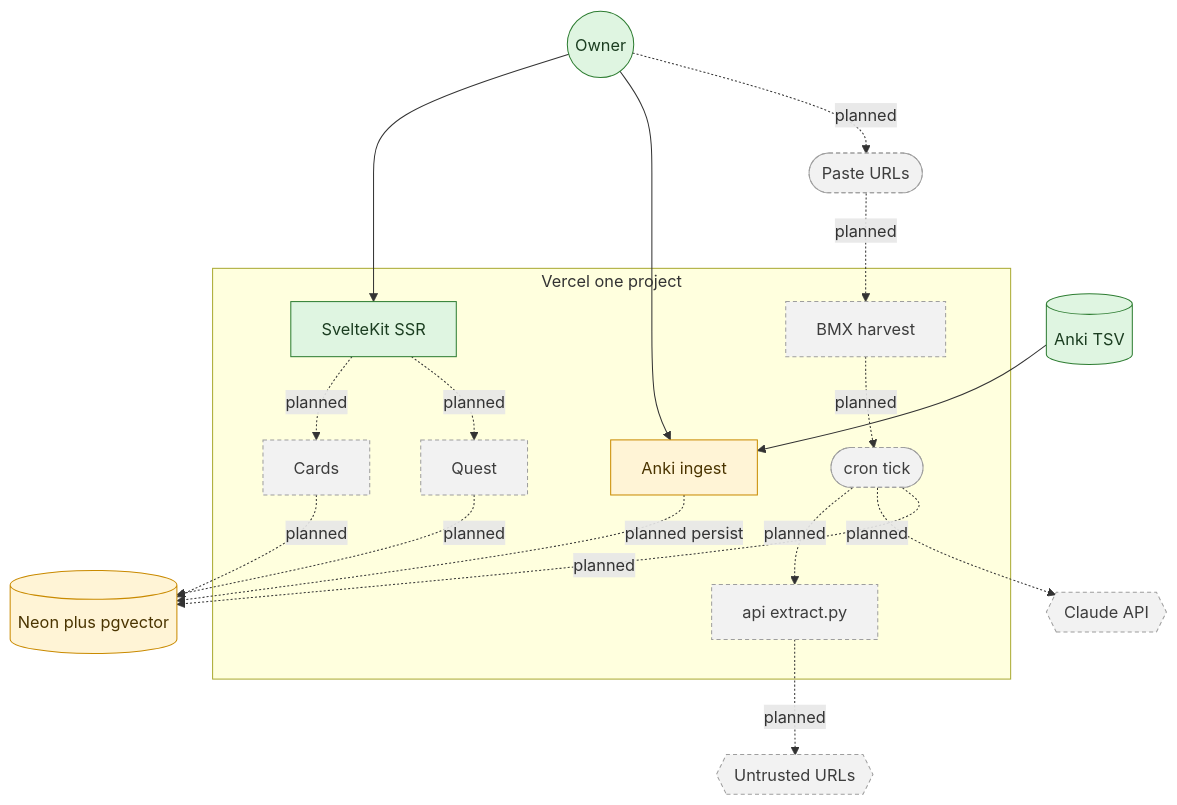
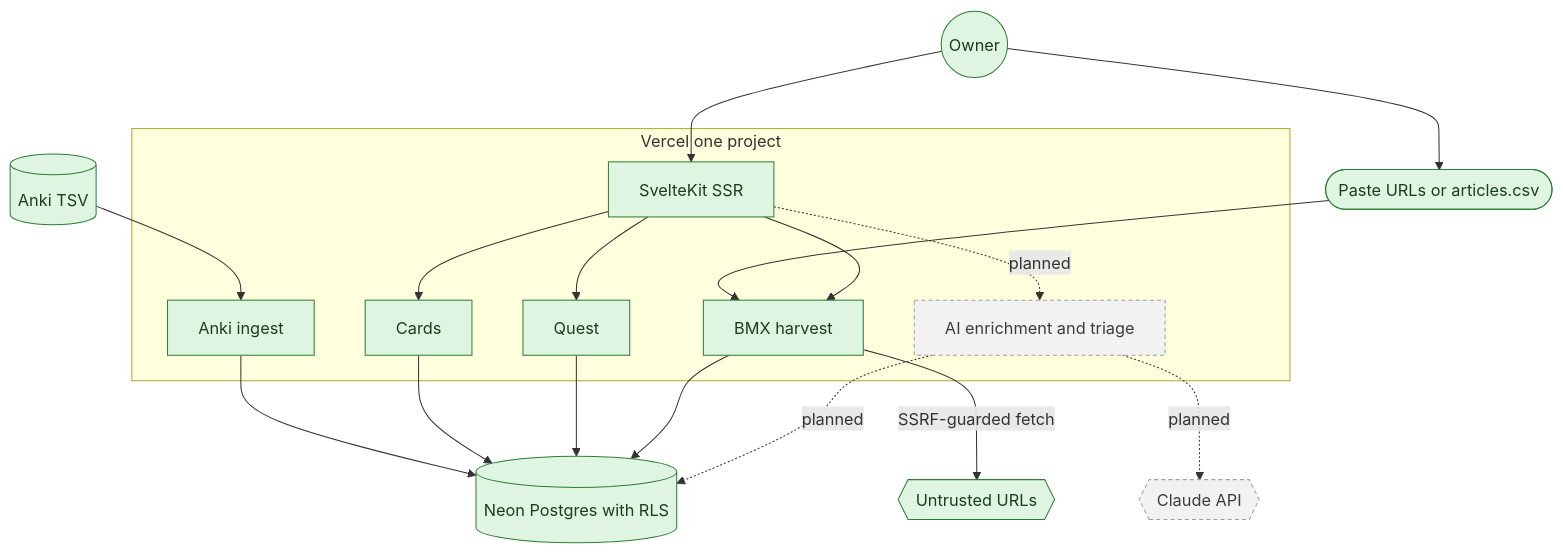
Before and after one commit to cooperability/BMX-bookmark-extractor: the diagram in README.md, drawn with Mermaid. The commit also changed other lines of this file and 20 other files, not shown here.

First line of the commit message:
docs(roadmap): rank open bugs and epics in one backlog, fix five small bugs (#356)

````diff
--- a/README.md
+++ b/README.md
@@ -17,40 +17,38 @@
 ```mermaid
 flowchart TD
   classDef built fill:#dff5e1,stroke:#2e7d32,color:#1b3d20
-  classDef partial fill:#fff4d6,stroke:#c98a00,color:#4a3400
   classDef planned fill:#f2f2f2,stroke:#9e9e9e,color:#3d3d3d,stroke-dasharray:4 3
 
   owner((Owner)):::built
   anki[(Anki TSV)]:::built
-  paste(["Paste URLs"]):::planned
+  paste(["Paste URLs or articles.csv"]):::built
 
   subgraph vercel ["Vercel one project"]
     ssr[SvelteKit SSR]:::built
-    ingest[Anki ingest]:::partial
-    cards[Cards]:::planned
-    quest[Quest]:::planned
-    bmx[BMX harvest]:::planned
-    cron(["cron tick"]):::planned
-    extract["api extract.py"]:::planned
+    ingest[Anki ingest]:::built
+    cards[Cards]:::built
+    quest[Quest]:::built
+    bmx[BMX harvest]:::built
+    enrich["AI enrichment and triage"]:::planned
   end
 
-  pg[("Neon plus pgvector")]:::partial
+  pg[("Neon Postgres with RLS")]:::built
   claude{{"Claude API"}}:::planned
-  web{{"Untrusted URLs"}}:::planned
+  web{{"Untrusted URLs"}}:::built
 
   owner --> ssr
-  owner --> ingest
   anki --> ingest
-  owner -.->|planned| paste
-  ssr -.->|planned| cards
-  ssr -.->|planned| quest
-  ingest -.->|planned persist| pg
-  cards -.->|planned| pg
-  quest -.->|planned| pg
-  paste -.->|planned| bmx
-  bmx -.->|planned| cron
-  cron -.->|planned| extract
-  extract -.->|planned| web
-  cron -.->|planned| claude
-  cron -.->|planned| pg
+  owner --> paste
+  paste --> bmx
+  ssr --> cards
+  ssr --> quest
+  ssr --> bmx
+  ingest --> pg
+  cards --> pg
+  quest --> pg
+  bmx --> pg
+  bmx -->|SSRF-guarded fetch| web
+  ssr -.->|planned| enrich
+  enrich -.->|planned| claude
+  enrich -.->|planned| pg
 ```
````
